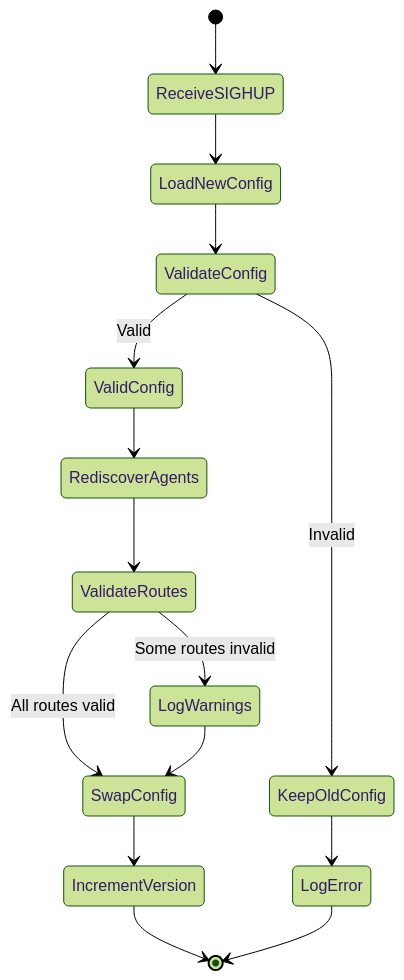
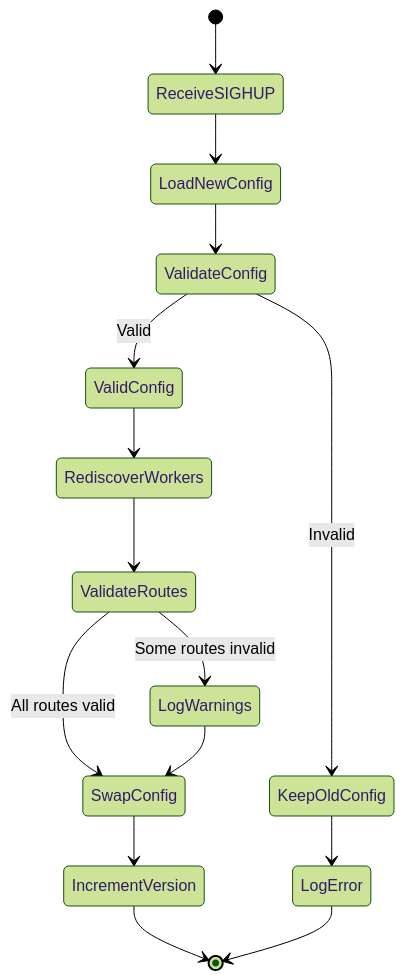
Before and after one commit to renuka-fernando/envoy-policy-engine: the seventh of 7 diagrams in policy-kernel/SPEC.md, drawn with Mermaid (forest theme). The commit also changed other lines of this file and 5 other files, not shown here.

````diff
--- a/policy-kernel/SPEC.md
+++ b/policy-kernel/SPEC.md
@@ -1853,22 +1853,22 @@
 ```mermaid
 stateDiagram-v2
     [*] --> ReceiveSIGHUP
     ReceiveSIGHUP --> LoadNewConfig
     LoadNewConfig --> ValidateConfig
 
     ValidateConfig --> ValidConfig: Valid
     ValidateConfig --> KeepOldConfig: Invalid
 
-    ValidConfig --> RediscoverAgents
-    RediscoverAgents --> ValidateRoutes
+    ValidConfig --> RediscoverWorkers
+    RediscoverWorkers --> ValidateRoutes
 
     ValidateRoutes --> SwapConfig: All routes valid
     ValidateRoutes --> LogWarnings: Some routes invalid
 
     LogWarnings --> SwapConfig
     SwapConfig --> IncrementVersion
     IncrementVersion --> [*]
 
     KeepOldConfig --> LogError
     LogError --> [*]
 ```
````
